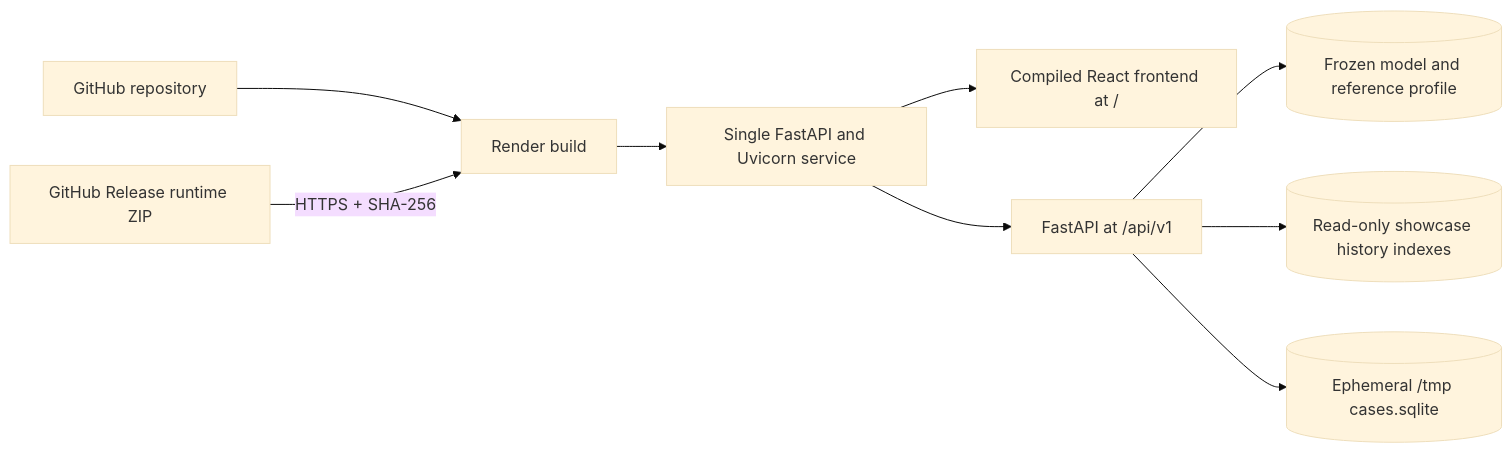
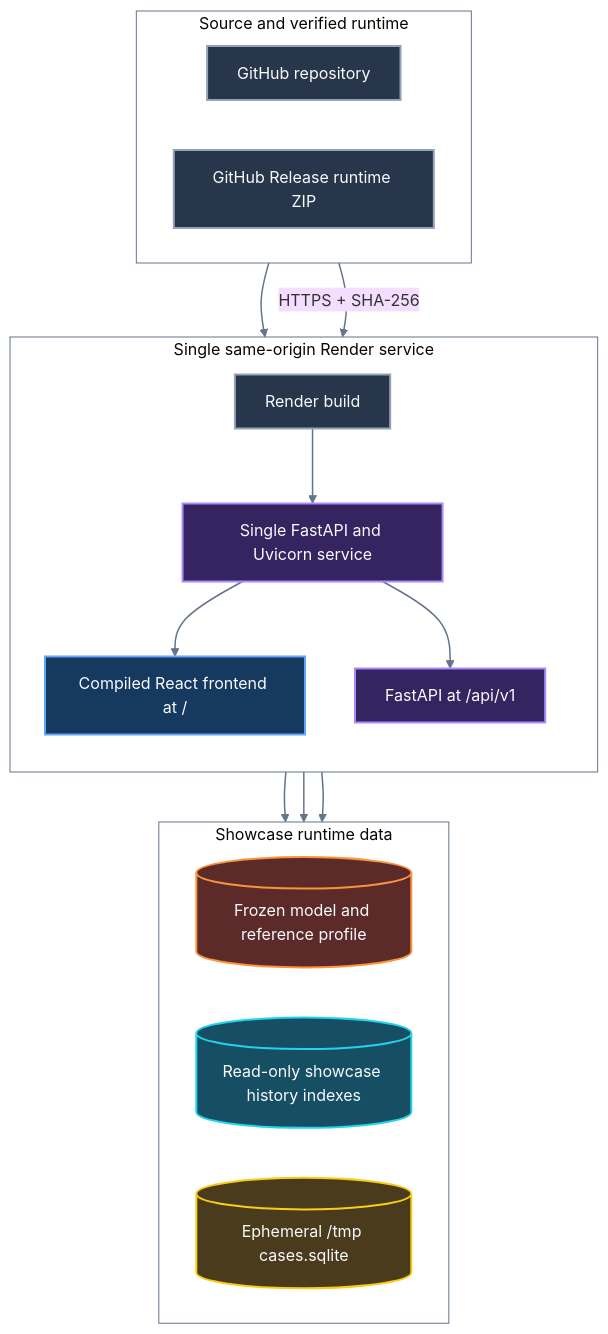
One commit to adilbagwan46/fraudetect-Ai changed the fourth of 4 diagrams in README.md. Above: the diagram before and after it, drawn with Mermaid (base theme). The commit also changed other lines of this file, not shown here.

Commit message:
docs: enhance README architecture visuals

````diff
--- a/README.md
+++ b/README.md
@@ -314,13 +414,48 @@
 ```mermaid
-flowchart LR
-    Repo[GitHub repository] --> Build[Render build]
-    Runtime[GitHub Release runtime ZIP] -->|HTTPS + SHA-256| Build
-    Build --> Service[Single FastAPI and Uvicorn service]
+flowchart TB
+    subgraph Supply["Source and verified runtime"]
+        direction LR
+        Repo[GitHub repository]
+        Runtime[GitHub Release runtime ZIP]
+    end
 
-    Service --> Frontend[Compiled React frontend at /]
-    Service --> API[FastAPI at /api/v1]
+    Repo --> Build[Render build]
+    Runtime -->|HTTPS + SHA-256| Build
 
-    API --> ModelRuntime[(Frozen model and reference profile)]
-    API --> ShowcaseHistory[(Read-only showcase history indexes)]
-    API --> CaseStore[(Ephemeral /tmp cases.sqlite)]
+    subgraph Application["Single same-origin Render service"]
+        direction TB
+        Build --> Service[Single FastAPI and Uvicorn service]
+        Service --> Frontend[Compiled React frontend at /]
+        Service --> API[FastAPI at /api/v1]
+    end
+
+    subgraph Data["Showcase runtime data"]
+        direction LR
+        ModelRuntime[(Frozen model and reference profile)]
+        ShowcaseHistory[(Read-only showcase history indexes)]
+        CaseStore[(Ephemeral /tmp cases.sqlite)]
+    end
+
+    API --> ModelRuntime
+    API --> ShowcaseHistory
+    API --> CaseStore
+
+    classDef infrastructure fill:#27364A,stroke:#94A3B8,color:#F8FAFC,stroke-width:2px;
+    classDef frontend fill:#163A5F,stroke:#60A5FA,color:#F8FAFC,stroke-width:2px;
+    classDef api fill:#35245F,stroke:#A78BFA,color:#F8FAFC,stroke-width:2px;
+    classDef ml fill:#5C2B29,stroke:#FB923C,color:#F8FAFC,stroke-width:2px;
+    classDef history fill:#164E63,stroke:#22D3EE,color:#F8FAFC,stroke-width:2px;
+    classDef casework fill:#4A3B1D,stroke:#FACC15,color:#F8FAFC,stroke-width:2px;
+
+    class Repo,Runtime,Build infrastructure;
+    class Frontend frontend;
+    class Service,API api;
+    class ModelRuntime ml;
+    class ShowcaseHistory history;
+    class CaseStore casework;
+
+    style Supply fill:transparent,stroke:#64748B,stroke-width:1px;
+    style Application fill:transparent,stroke:#64748B,stroke-width:1px;
+    style Data fill:transparent,stroke:#64748B,stroke-width:1px;
+    linkStyle default stroke:#64748B,stroke-width:1.5px;
 ```
````
